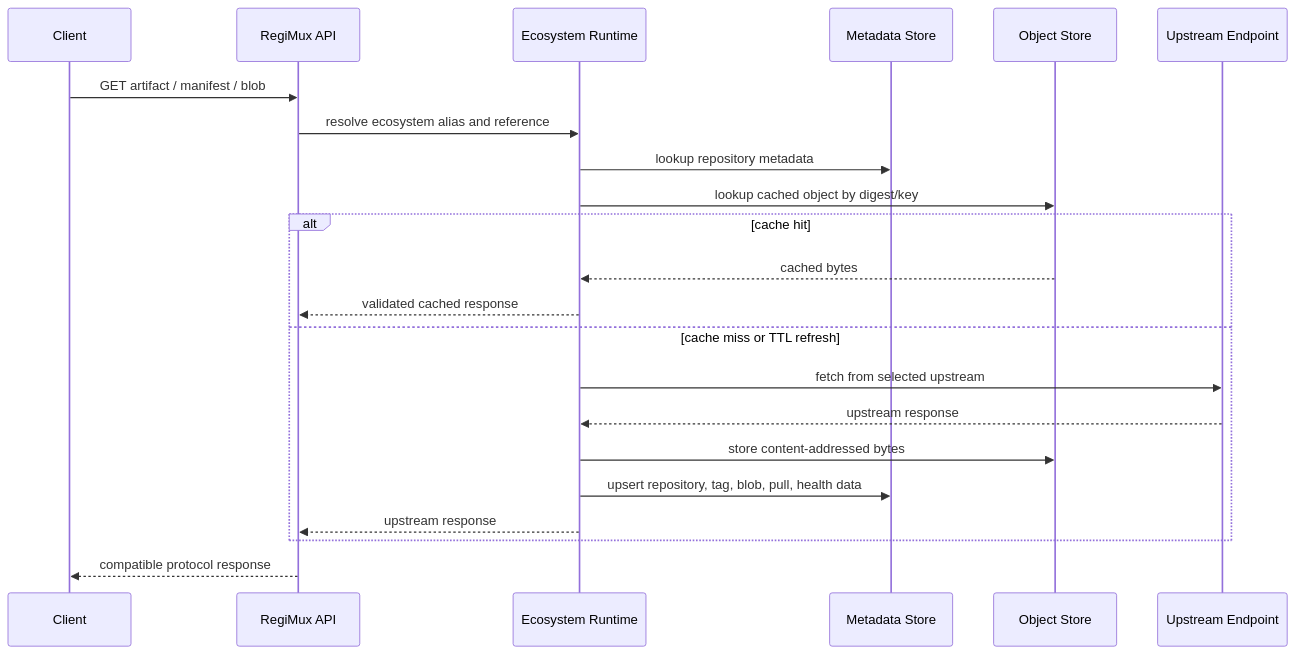
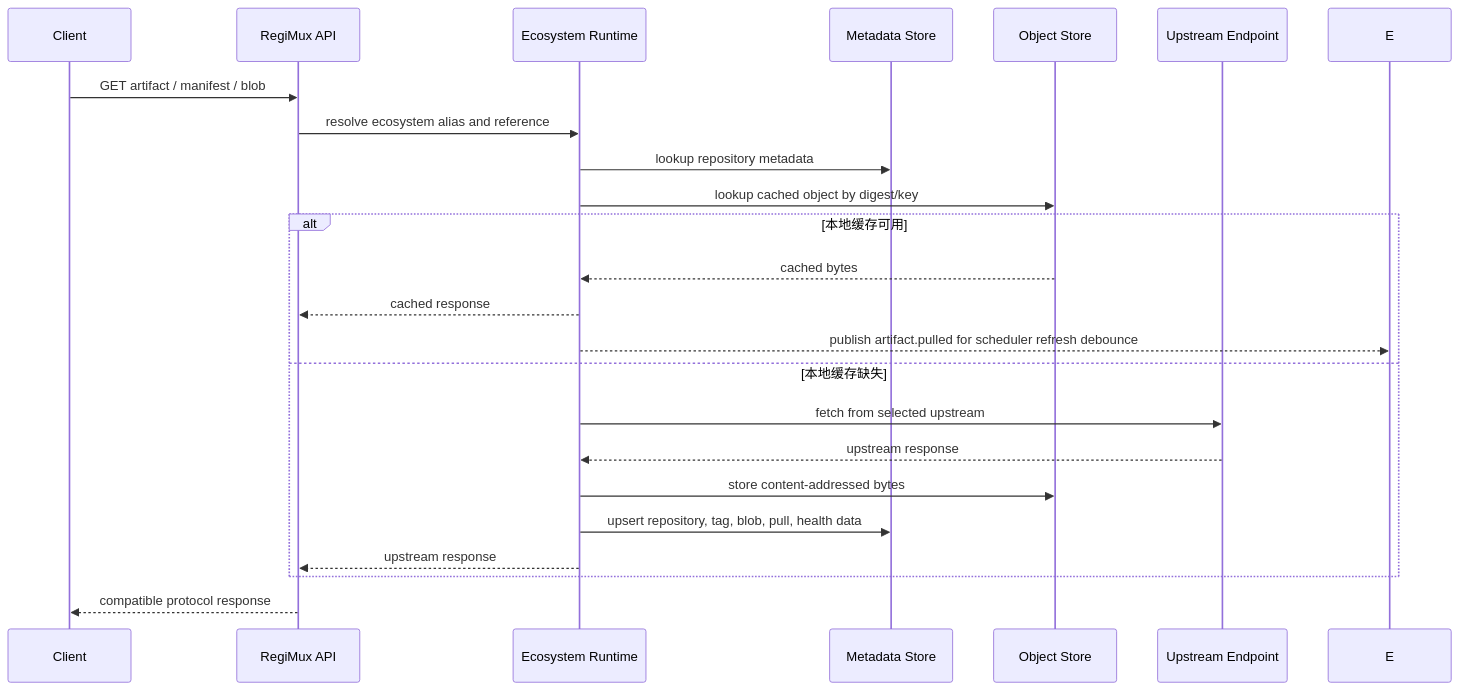
Before and after one commit to lyonbrown4d/regimux: the second of 4 diagrams in docs/zh/design.md, drawn with Mermaid. The commit also changed other lines of this file and 82 other files, not shown here.

````diff
--- a/docs/zh/design.md
+++ b/docs/zh/design.md
@@ -105,25 +105,26 @@
 ```mermaid
 sequenceDiagram
   participant C as Client
   participant A as RegiMux API
   participant R as Ecosystem Runtime
   participant M as Metadata Store
   participant O as Object Store
   participant U as Upstream Endpoint
 
   C->>A: GET artifact / manifest / blob
   A->>R: resolve ecosystem alias and reference
   R->>M: lookup repository metadata
   R->>O: lookup cached object by digest/key
-  alt cache hit
+  alt 本地缓存可用
     O-->>R: cached bytes
-    R-->>A: validated cached response
-  else cache miss or TTL refresh
+    R-->>A: cached response
+    R-->>E: publish artifact.pulled for scheduler refresh debounce
+  else 本地缓存缺失
     R->>U: fetch from selected upstream
     U-->>R: upstream response
     R->>O: store content-addressed bytes
     R->>M: upsert repository, tag, blob, pull, health data
     R-->>A: upstream response
   end
   A-->>C: compatible protocol response
 ```
````
